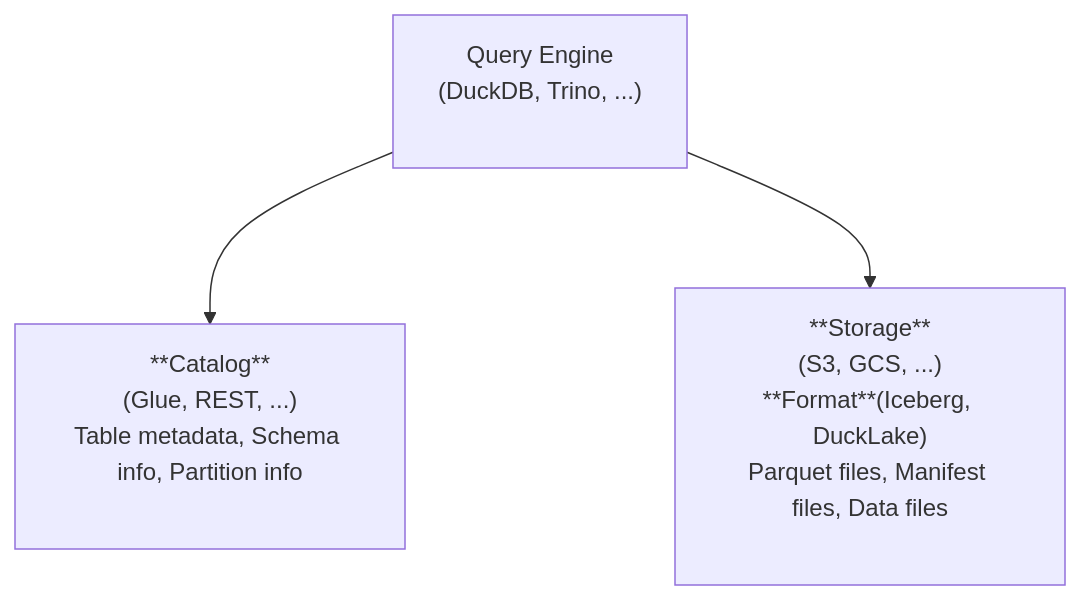
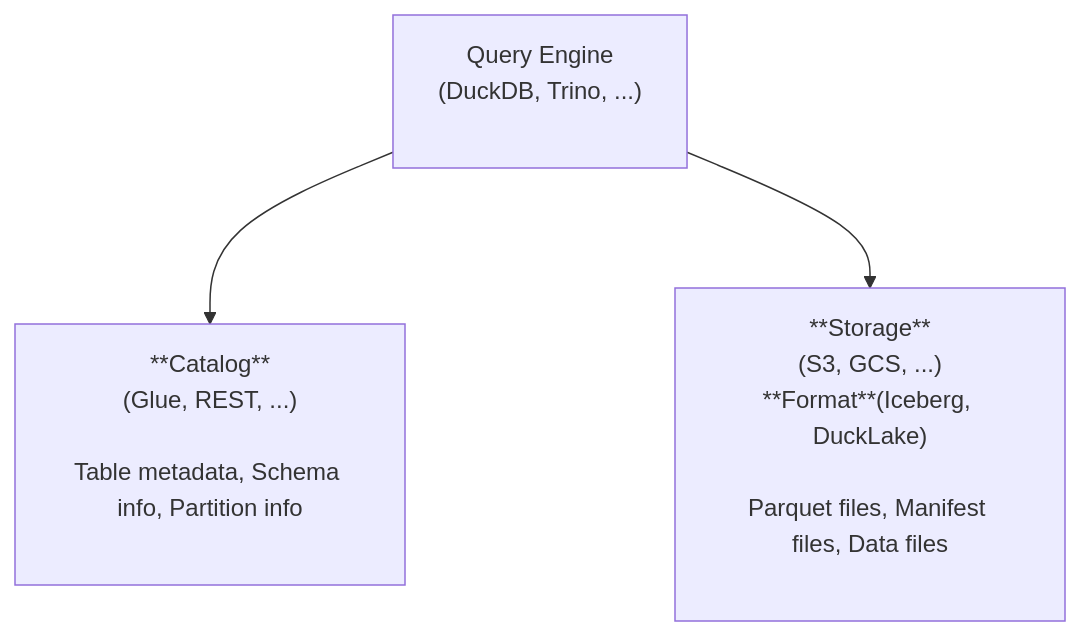
Before and after one commit to bruin-data/bruin: the diagram in docs/lakehouse/overview.md, drawn with Mermaid. The commit also changed other lines of this file, not shown here.

````diff
--- a/docs/lakehouse/overview.md
+++ b/docs/lakehouse/overview.md
@@ -14,10 +14,10 @@
 ```mermaid
 %%{init: {"flowchart": {"useMaxWidth": true, "nodeSpacing": 180, "rankSpacing": 80}}}%%
 flowchart TB
   QE["Query Engine<br/>(DuckDB, Trino, ...)<br/>&nbsp;"]
-  Catalog["**Catalog**<br/>(Glue, REST, ...)<br/>Table metadata, Schema info, Partition info<br/>&nbsp;"]
-  Storage["**Storage**<br/>(S3, GCS, ...)<br/>**Format**(Iceberg, DuckLake)<br/>Parquet files, Manifest files, Data files<br/>&nbsp;"]
+  Catalog["**Catalog**<br/>(Glue, REST, ...)<br/><br/>Table metadata, Schema info, Partition info<br/>&nbsp;"]
+  Storage["**Storage**<br/>(S3, GCS, ...)<br/>**Format**(Iceberg, DuckLake)<br/><br/>Parquet files, Manifest files, Data files<br/>&nbsp;"]
 
   QE --> Catalog
   QE --> Storage
 ```
````
